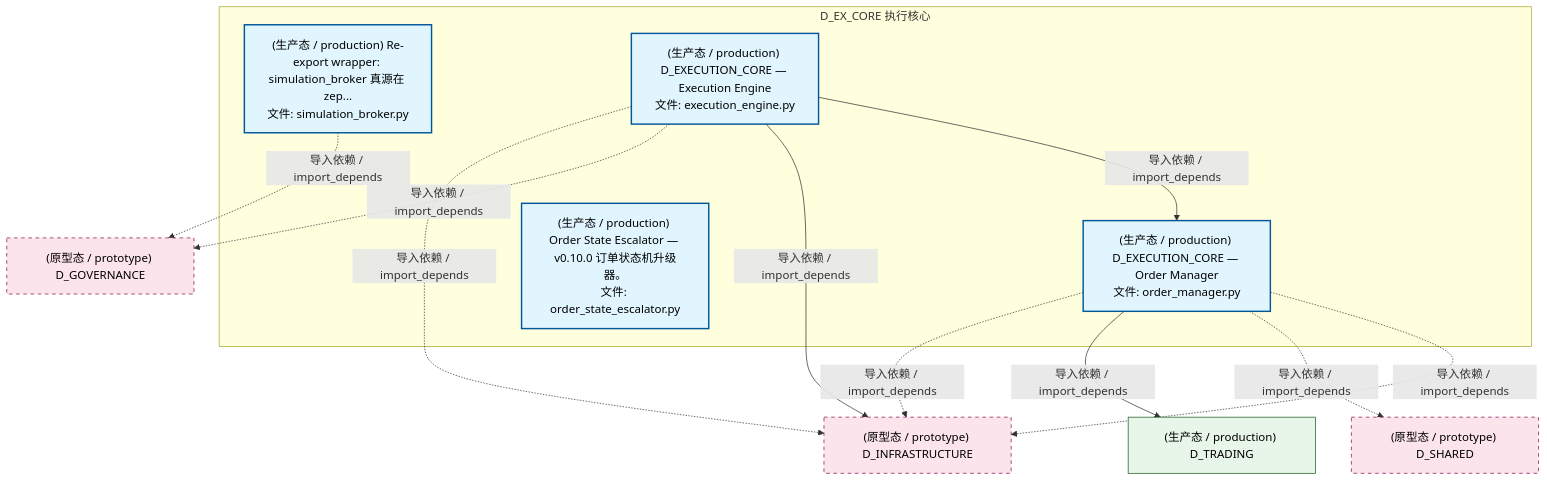
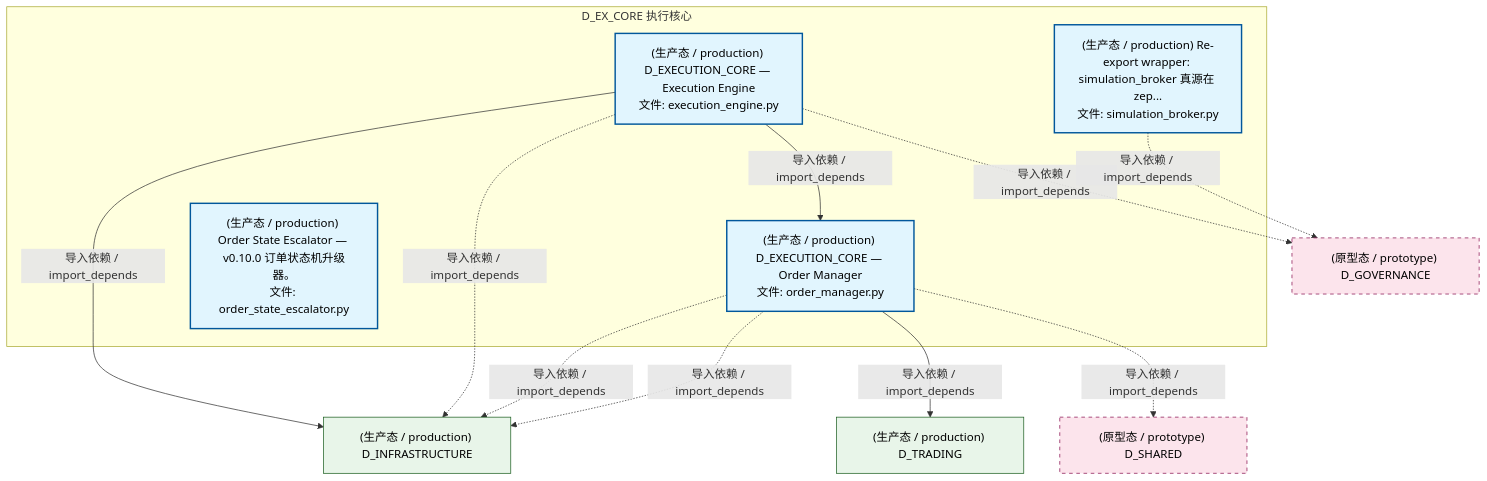
One commit to xuanFelixVan/ZephyrAlpha changed the second of 5 diagrams in docs/02_enterprise_architecture/02_domain_architecture_docs/34_d_ex_core.md. Above: the diagram before and after it, drawn with Mermaid. The commit also changed other lines of this file and 102 other files, not shown here.

````diff
--- a/docs/02_enterprise_architecture/02_domain_architecture_docs/34_d_ex_core.md
+++ b/docs/02_enterprise_architecture/02_domain_architecture_docs/34_d_ex_core.md
@@ -126,29 +126,29 @@
 ```mermaid
 graph TD
     subgraph D_EX_CORE["D_EX_CORE 执行核心"]
         src_zephyr_ex_core_adapters_simulation_broker_py["(生产态 / production) Re-export wrapper: simulation_broker 真源在 zep...<br/>文件: simulation_broker.py"]
         src_zephyr_ex_core_execution_engine_py["(生产态 / production) D_EXECUTION_CORE — Execution Engine<br/>文件: execution_engine.py"]
         src_zephyr_ex_core_order_manager_py["(生产态 / production) D_EXECUTION_CORE — Order Manager<br/>文件: order_manager.py"]
         src_zephyr_governance_escalation_order_state_escalator_py["(生产态 / production) Order State Escalator — v0.10.0 订单状态机升级器。<br/>文件: order_state_escalator.py"]
     end
     src_zephyr_ex_core_execution_engine_py -->|导入依赖 / import_depends| src_zephyr_ex_core_order_manager_py
-    D_INFRASTRUCTURE["(原型态 / prototype) D_INFRASTRUCTURE"]
-    src_zephyr_ex_core_order_manager_py -.->|导入依赖 / import_depends| D_INFRASTRUCTURE
+    D_INFRASTRUCTURE["(生产态 / production) D_INFRASTRUCTURE"]
+    src_zephyr_ex_core_execution_engine_py -->|导入依赖 / import_depends| D_INFRASTRUCTURE
+    D_GOVERNANCE["(原型态 / prototype) D_GOVERNANCE"]
+    src_zephyr_ex_core_execution_engine_py -.->|导入依赖 / import_depends| D_GOVERNANCE
+    src_zephyr_ex_core_execution_engine_py -.->|导入依赖 / import_depends| D_INFRASTRUCTURE
     D_SHARED["(原型态 / prototype) D_SHARED"]
     src_zephyr_ex_core_order_manager_py -.->|导入依赖 / import_depends| D_SHARED
+    src_zephyr_ex_core_order_manager_py -.->|导入依赖 / import_depends| D_INFRASTRUCTURE
     D_TRADING["(生产态 / production) D_TRADING"]
     src_zephyr_ex_core_order_manager_py -->|导入依赖 / import_depends| D_TRADING
     src_zephyr_ex_core_order_manager_py -.->|导入依赖 / import_depends| D_INFRASTRUCTURE
-    D_GOVERNANCE["(原型态 / prototype) D_GOVERNANCE"]
     src_zephyr_ex_core_adapters_simulation_broker_py -.->|导入依赖 / import_depends| D_GOVERNANCE
-    src_zephyr_ex_core_execution_engine_py -->|导入依赖 / import_depends| D_INFRASTRUCTURE
-    src_zephyr_ex_core_execution_engine_py -.->|导入依赖 / import_depends| D_GOVERNANCE
-    src_zephyr_ex_core_execution_engine_py -.->|导入依赖 / import_depends| D_INFRASTRUCTURE
     classDef production fill:#e1f5fe,stroke:#01579b,stroke-width:2px,color:#000
     classDef design fill:#fff3e0,stroke:#e65100,stroke-width:2px,color:#000,stroke-dasharray: 5 5
     classDef external_prod fill:#e8f5e9,stroke:#1b5e20,stroke-width:1px,color:#000
     classDef external_design fill:#fce4ec,stroke:#880e4f,stroke-width:1px,color:#000,stroke-dasharray: 5 5
     class src_zephyr_ex_core_adapters_simulation_broker_py,src_zephyr_ex_core_execution_engine_py,src_zephyr_ex_core_order_manager_py,src_zephyr_governance_escalation_order_state_escalator_py production
-    class D_TRADING external_prod
-    class D_INFRASTRUCTURE,D_SHARED,D_GOVERNANCE external_design
+    class D_INFRASTRUCTURE,D_TRADING external_prod
+    class D_GOVERNANCE,D_SHARED external_design
 ```
````
